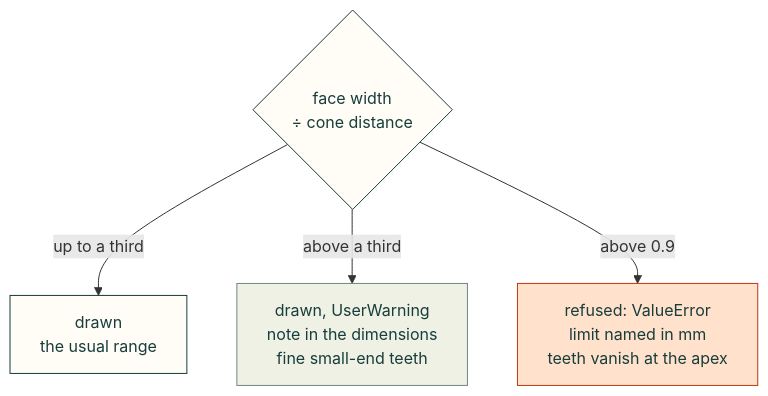
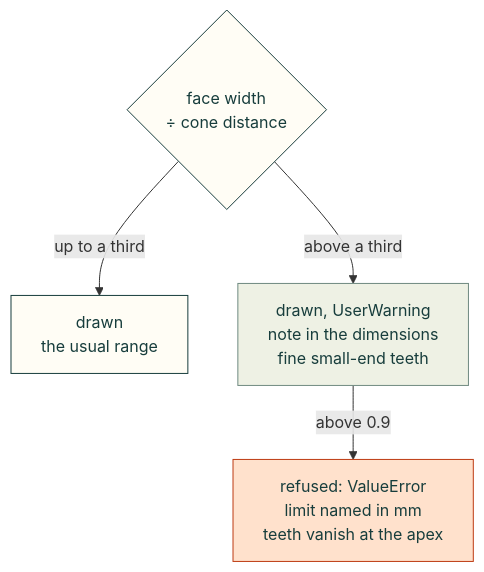
The fourth of 4 diagrams in docs/mechanical/gears.md (Valpatel/cad-agent), drawn with Mermaid before and after one commit.

Commit message:
docs(mechanical): the bevel face width diagram fits the page column (#723)
The three outcomes stood side by side, 737 px wide in a 641 px column at 1100 px
(the site's browser check). The refusal above 0.9 now follows the warning above a
third, so the diagram is two boxes wide (462 px).

````diff
--- a/docs/mechanical/gears.md
+++ b/docs/mechanical/gears.md
@@ -119,12 +119,12 @@
 ```mermaid
 flowchart TD
     W{"face width<br/>÷ cone distance"} -->|"up to a third"| A["drawn<br/>the usual range"]
     W -->|"above a third"| B["drawn, UserWarning<br/>note in the dimensions<br/>fine small-end teeth"]
-    W -->|"above 0.9"| C["refused: ValueError<br/>limit named in mm<br/>teeth vanish at the apex"]
+    B -->|"above 0.9"| C["refused: ValueError<br/>limit named in mm<br/>teeth vanish at the apex"]
     classDef here fill:#fffdf5,stroke:#173d3c,color:#173d3c
     classDef near fill:#eef1e4,stroke:#6f8a80,color:#173d3c
     classDef out fill:#ffe1cc,stroke:#bd3a12,color:#173d3c
     class W,A here
     class B near
     class C out
 ```
````
